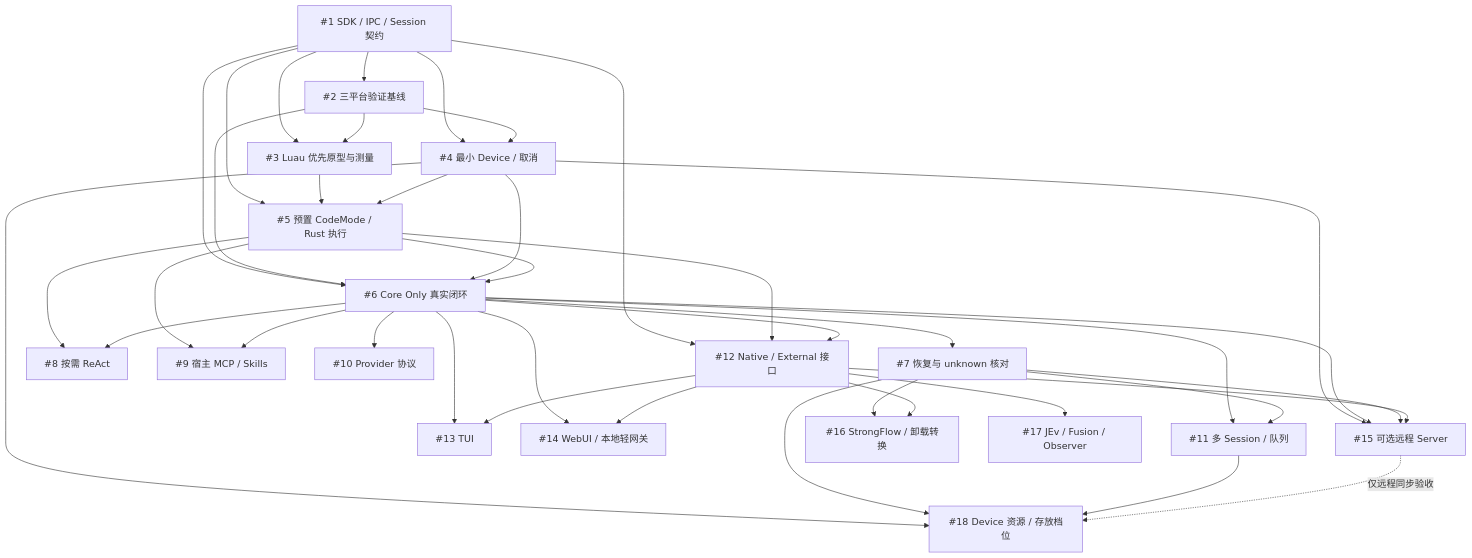
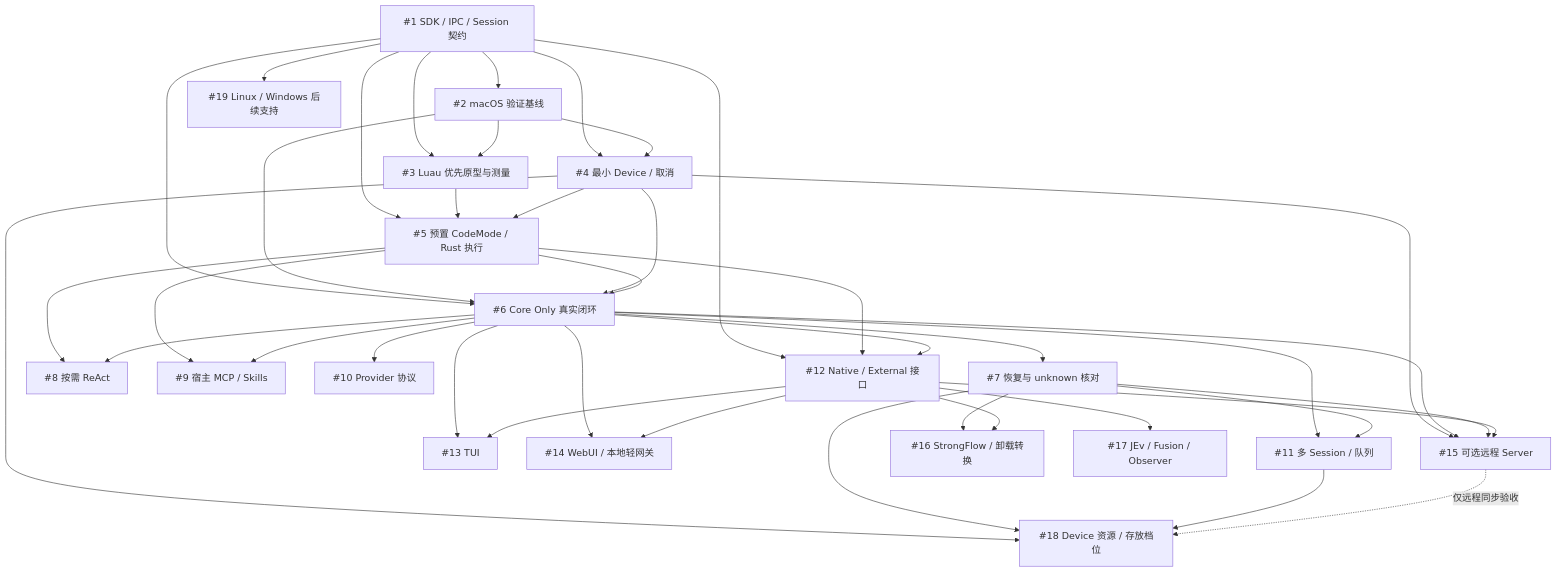
The diagram in docs/development-map.md (changw98ic/CAYW), drawn with Mermaid before and after one commit. The commit also changed other lines of this file and 383 other files, not shown here.

````diff
--- a/docs/development-map.md
+++ b/docs/development-map.md
@@ -82,59 +89,61 @@
 ```mermaid
 flowchart TD
   I1["#1 SDK / IPC / Session 契约"]
-  I2["#2 三平台验证基线"]
+  I2["#2 macOS 验证基线"]
   I3["#3 Luau 优先原型与测量"]
   I4["#4 最小 Device / 取消"]
   I5["#5 预置 CodeMode / Rust 执行"]
   I6["#6 Core Only 真实闭环"]
   I7["#7 恢复与 unknown 核对"]
   I8["#8 按需 ReAct"]
   I9["#9 宿主 MCP / Skills"]
   I10["#10 Provider 协议"]
   I11["#11 多 Session / 队列"]
   I12["#12 Native / External 接口"]
   I13["#13 TUI"]
   I14["#14 WebUI / 本地轻网关"]
   I15["#15 可选远程 Server"]
   I16["#16 StrongFlow / 卸载转换"]
   I17["#17 JEv / Fusion / Observer"]
   I18["#18 Device 资源 / 存放档位"]
+  I19["#19 Linux / Windows 后续支持"]
+  I1 --> I19
   I1 --> I2
   I1 --> I3
   I2 --> I3
   I1 --> I4
   I2 --> I4
   I1 --> I5
   I3 --> I5
   I4 --> I5
   I1 --> I6
   I2 --> I6
   I4 --> I6
   I5 --> I6
   I6 --> I7
   I5 --> I8
   I6 --> I8
   I5 --> I9
   I6 --> I9
   I6 --> I10
   I6 --> I11
   I7 --> I11
   I1 --> I12
   I5 --> I12
   I6 --> I12
   I6 --> I13
   I12 --> I13
   I6 --> I14
   I12 --> I14
   I4 --> I15
   I6 --> I15
   I7 --> I15
   I12 --> I15
   I7 --> I16
   I12 --> I16
   I12 --> I17
   I4 --> I18
   I7 --> I18
   I11 --> I18
   I15 -. 仅远程同步验收 .-> I18
 ```
````
